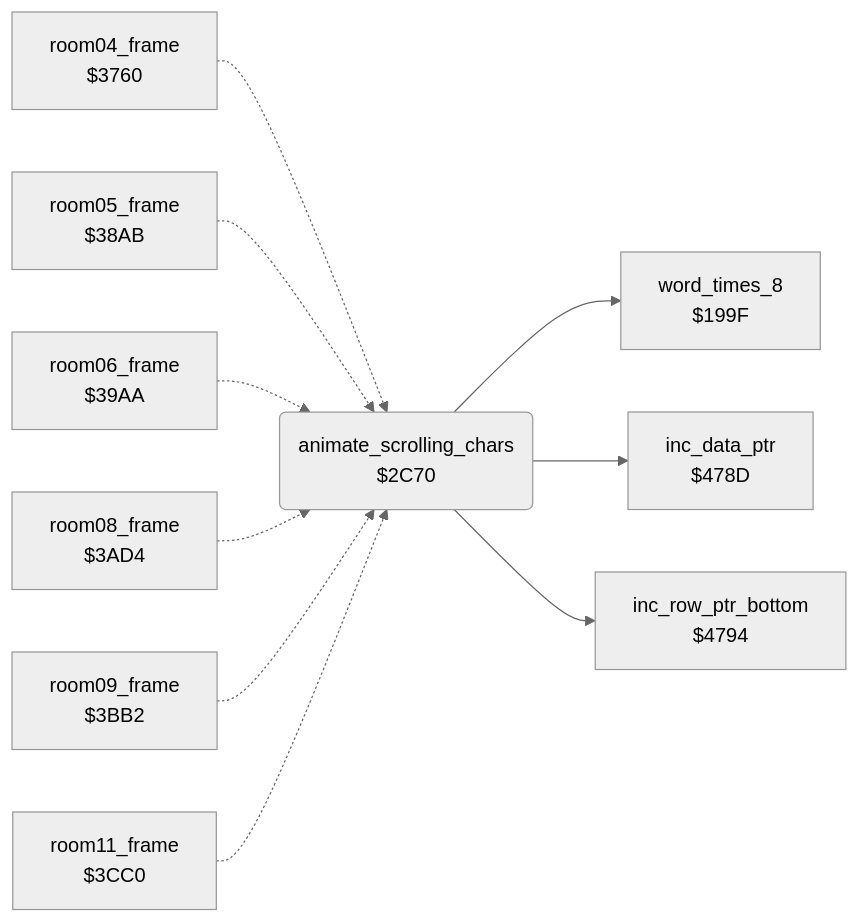
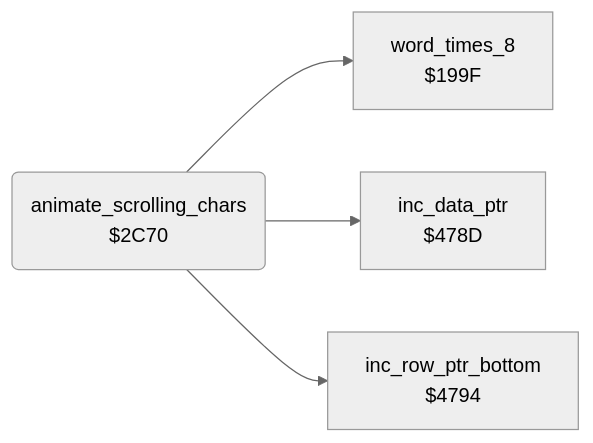
The diagram in bruce_lee/docs/reference/modules/room/animated_chars.md (henols/c64_games), drawn with Mermaid (neutral theme) before and after one commit. The commit also changed other lines of this file and 236 other files, not shown here.

````diff
--- a/bruce_lee/docs/reference/modules/room/animated_chars.md
+++ b/bruce_lee/docs/reference/modules/room/animated_chars.md
@@ -10,22 +23,10 @@
 ```mermaid
 flowchart LR
   n199f["word_times_8<br/>$199F"]
   n2c70("animate_scrolling_chars<br/>$2C70")
-  n3760["room04_frame<br/>$3760"]
-  n38ab["room05_frame<br/>$38AB"]
-  n39aa["room06_frame<br/>$39AA"]
-  n3ad4["room08_frame<br/>$3AD4"]
-  n3bb2["room09_frame<br/>$3BB2"]
-  n3cc0["room11_frame<br/>$3CC0"]
   n478d["inc_data_ptr<br/>$478D"]
   n4794["inc_row_ptr_bottom<br/>$4794"]
   n2c70 --> n199f
   n2c70 --> n478d
   n2c70 --> n4794
-  n3760 -.-> n2c70
-  n38ab -.-> n2c70
-  n39aa -.-> n2c70
-  n3ad4 -.-> n2c70
-  n3bb2 -.-> n2c70
-  n3cc0 -.-> n2c70
 ```
````
